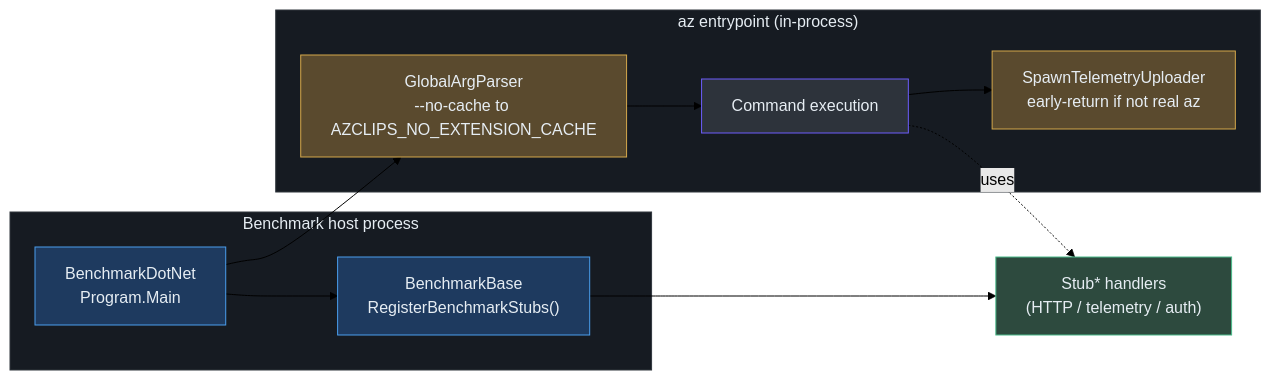
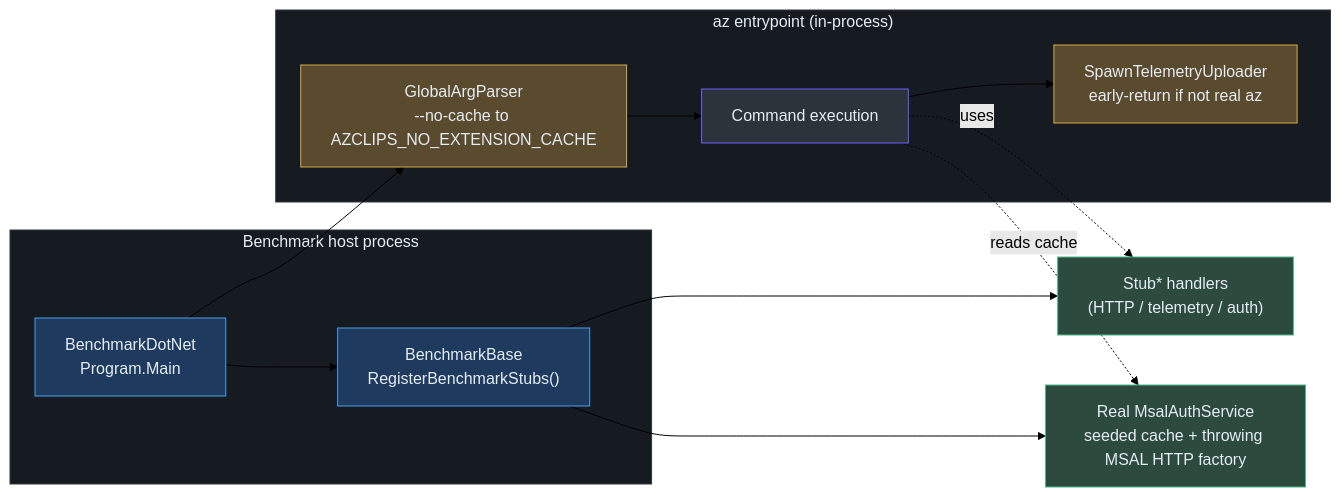
One commit to Azure/azclips changed the second of 2 diagrams in wiki/02-deep-dive/testing-benchmarking.md. Above: the diagram before and after it, drawn with Mermaid (forest theme). The commit also changed other lines of this file and 16 other files, not shown here.

First line of the commit message:
{Benchmark} Mock out network calls for MsalService (#693)

````diff
--- a/wiki/02-deep-dive/testing-benchmarking.md
+++ b/wiki/02-deep-dive/testing-benchmarking.md
@@ -105,24 +114,29 @@
 ```mermaid
 flowchart LR
     subgraph host["Benchmark host process"]
         BDN["BenchmarkDotNet<br>Program.Main"]
         BASE["BenchmarkBase<br>RegisterBenchmarkStubs()"]
     end
     subgraph cli["az entrypoint (in-process)"]
         NC["GlobalArgParser<br>--no-cache to AZCLIPS_NO_EXTENSION_CACHE"]
         RUN["Command execution"]
         TEL["SpawnTelemetryUploader<br>early-return if not real az"]
     end
+    STUBS["Stub* handlers<br>(HTTP / telemetry / profile)"]
+    AUTH["Real MsalAuthService<br>seeded cache + throwing MSAL HTTP factory"]
     STUBS["Stub* handlers<br>(HTTP / telemetry / auth)"]
     BDN --> BASE --> STUBS
+    BASE --> AUTH
     BDN --> NC --> RUN --> TEL
     RUN -.uses.-> STUBS
+    RUN -.reads cache.-> AUTH
     style host fill:#161b22,stroke:#30363d,color:#e6edf3
     style cli fill:#161b22,stroke:#30363d,color:#e6edf3
     style BDN fill:#1e3a5f,stroke:#4a9eed,color:#e6edf3
     style BASE fill:#1e3a5f,stroke:#4a9eed,color:#e6edf3
     style NC fill:#5a4a2e,stroke:#d4a84b,color:#e6edf3
     style TEL fill:#5a4a2e,stroke:#d4a84b,color:#e6edf3
     style RUN fill:#2d333b,stroke:#6d5dfc,color:#e6edf3
     style STUBS fill:#2d4a3e,stroke:#4aba8a,color:#e6edf3
+    style AUTH fill:#2d4a3e,stroke:#4aba8a,color:#e6edf3
 ```
````
